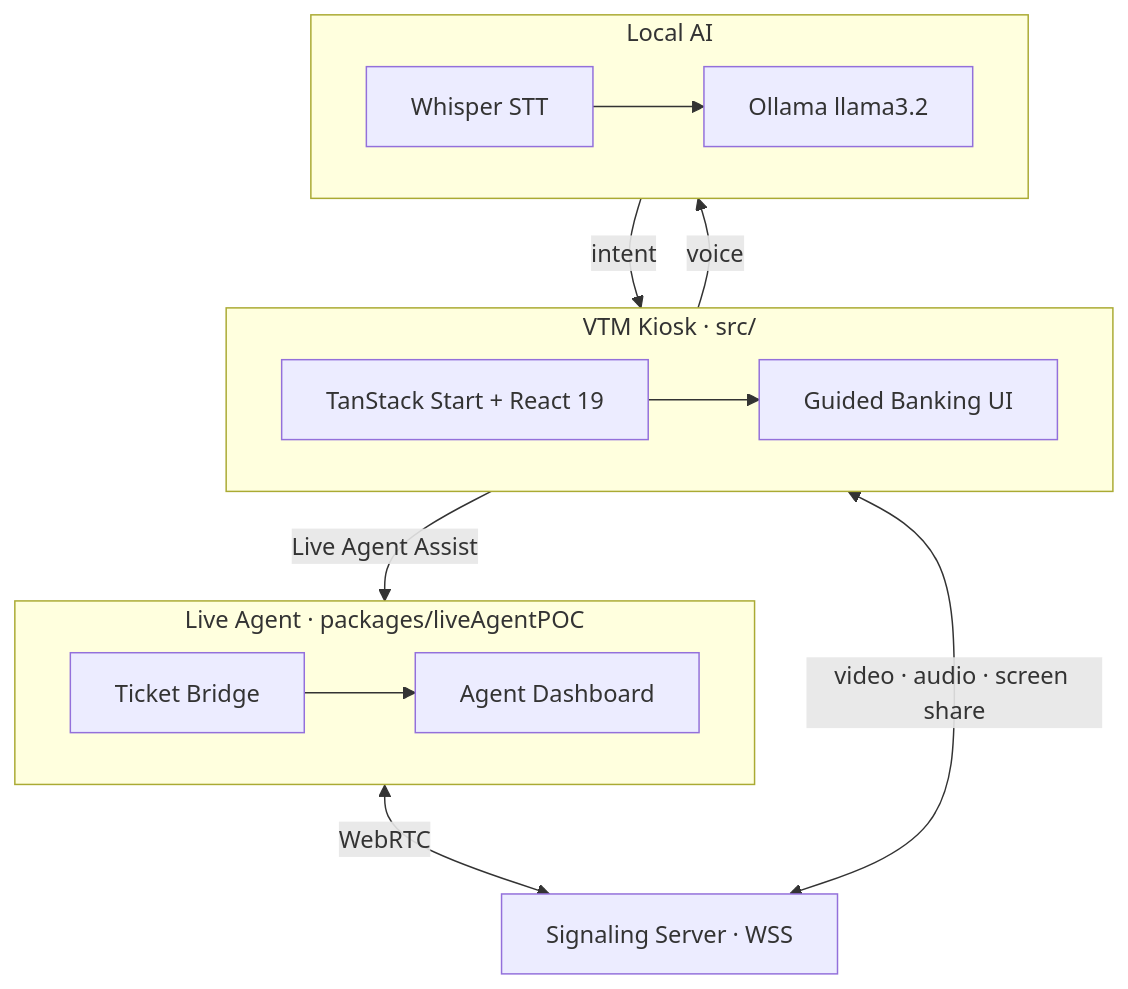
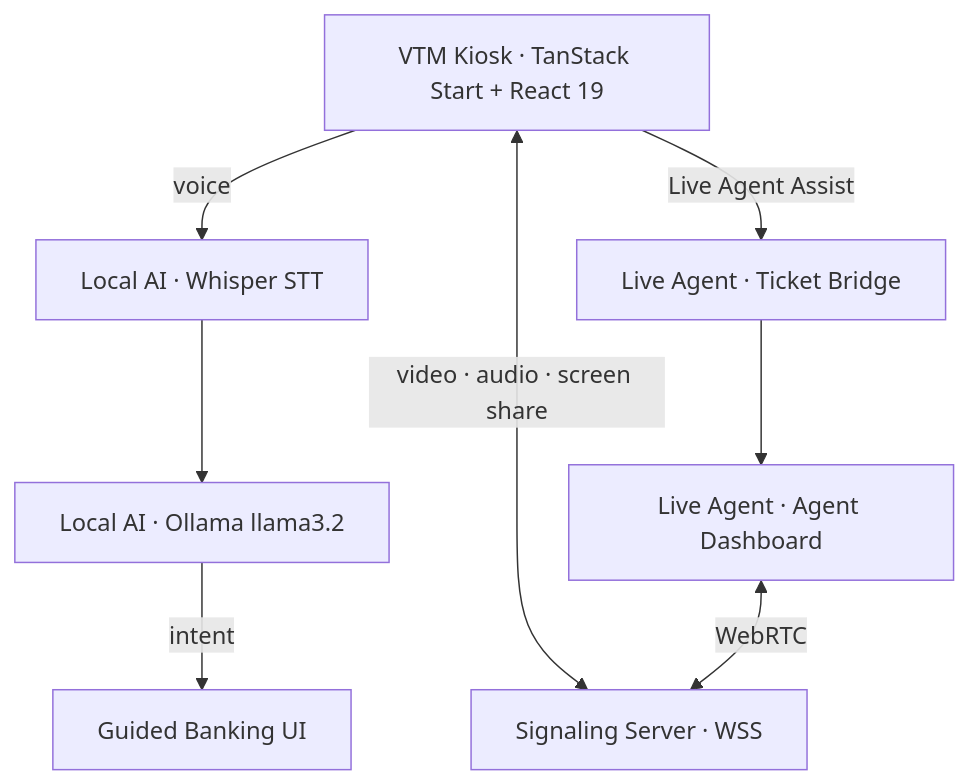
Before and after one commit to teaonrocks/archerchua.com: the diagram in src/content/blog/ocbc-smart-banking-kiosk-vtm.mdx, drawn with Mermaid. The commit also changed 12 other files, not shown here.

Commit message:
feat: polish project demos and diagrams

````diff
--- a/src/content/blog/ocbc-smart-banking-kiosk-vtm.mdx
+++ b/src/content/blog/ocbc-smart-banking-kiosk-vtm.mdx
@@ -29,31 +29,18 @@
-```mermaid width=580
+```mermaid width=680 minWidth=560
 flowchart TB
-    subgraph kiosk["VTM Kiosk · src/"]
-        direction LR
-        App["TanStack Start + React 19"]
-        Cards["Guided Banking UI"]
-        App --> Cards
-    end
-
-    subgraph ai["Local AI"]
-        direction LR
-        Whisper["Whisper STT"]
-        Ollama["Ollama llama3.2"]
-        Whisper --> Ollama
-    end
-
+    App["VTM Kiosk · TanStack Start + React 19"]
+    Whisper["Local AI · Whisper STT"]
+    Ollama["Local AI · Ollama llama3.2"]
+    Cards["Guided Banking UI"]
+    Bridge["Live Agent · Ticket Bridge"]
+    Dash["Live Agent · Agent Dashboard"]
     Sig["Signaling Server · WSS"]
 
-    subgraph agentStack["Live Agent · packages/liveAgentPOC"]
-        direction LR
-        Bridge["Ticket Bridge"]
-        Dash["Agent Dashboard"]
-        Bridge --> Dash
-    end
-
     App -->|"voice"| Whisper
+    Whisper --> Ollama
     Ollama -->|"intent"| Cards
     App -->|"Live Agent Assist"| Bridge
+    Bridge --> Dash
     App <-->|"video · audio · screen share"| Sig
     Dash <-->|"WebRTC"| Sig
 ```
````
